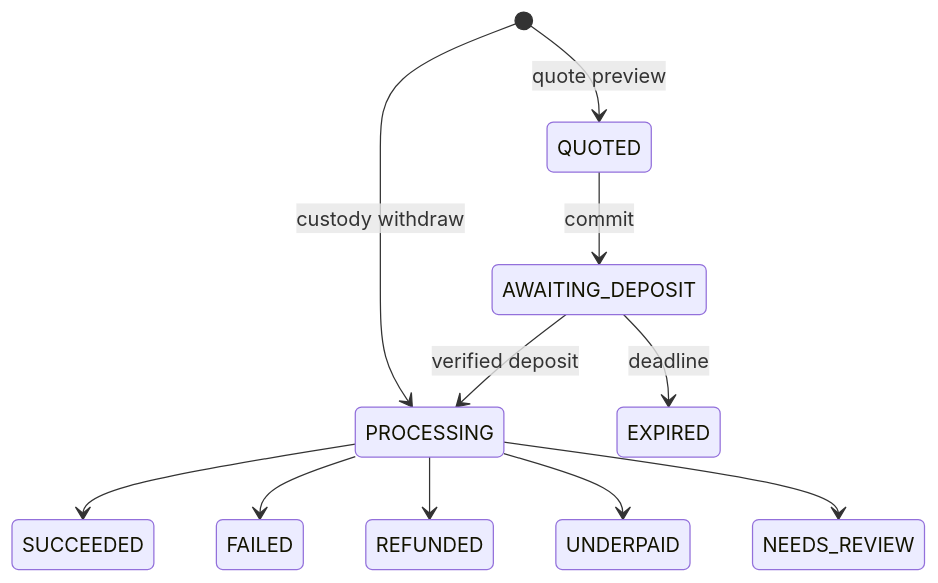
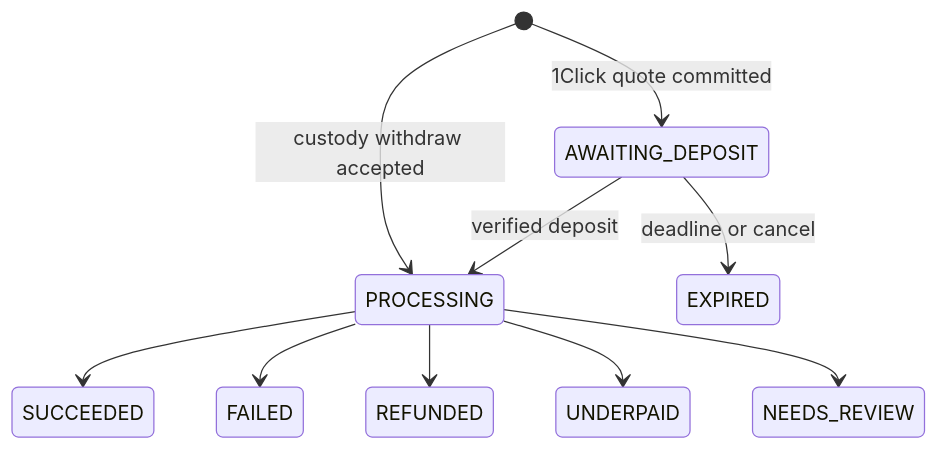
The ninth of 16 diagrams in docs/architecture.md (cryingraven/keiz-platform), drawn with Mermaid before and after one commit. The commit also changed other lines of this file and 7 other files, not shown here.

````diff
--- a/docs/architecture.md
+++ b/docs/architecture.md
@@ -288,13 +342,12 @@
 ```mermaid
 stateDiagram-v2
-  [*] --> QUOTED: quote preview
-  QUOTED --> AWAITING_DEPOSIT: commit
+  [*] --> AWAITING_DEPOSIT: 1Click quote committed
   AWAITING_DEPOSIT --> PROCESSING: verified deposit
-  AWAITING_DEPOSIT --> EXPIRED: deadline
+  AWAITING_DEPOSIT --> EXPIRED: deadline or cancel
+  [*] --> PROCESSING: custody withdraw accepted
   PROCESSING --> SUCCEEDED
   PROCESSING --> FAILED
   PROCESSING --> REFUNDED
   PROCESSING --> UNDERPAID
   PROCESSING --> NEEDS_REVIEW
-  [*] --> PROCESSING: custody withdraw
 ```
````
